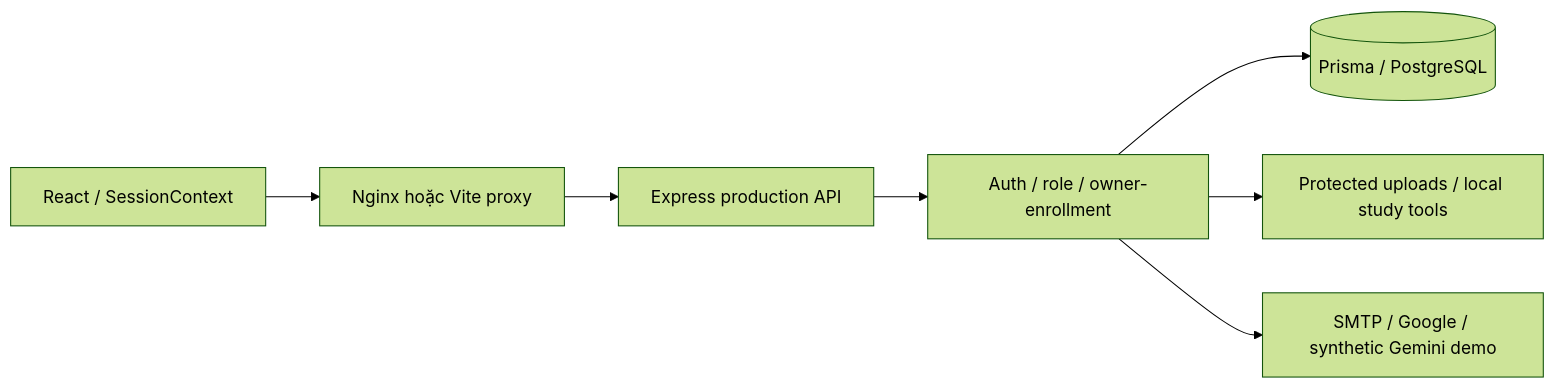
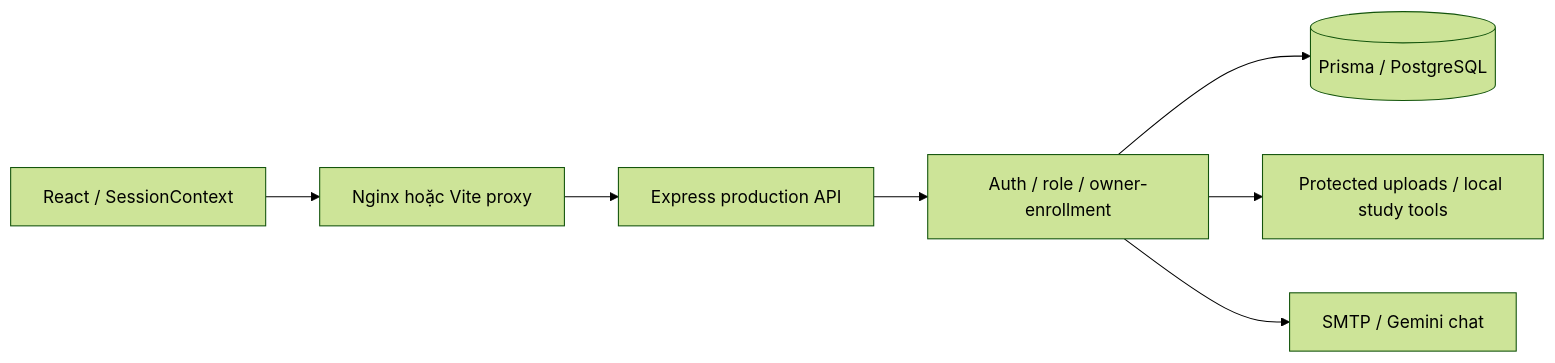
Before and after one commit to NgocTien2005/AI-Smart-Learning-Assistant: the diagram in README.md, drawn with Mermaid (forest theme). The commit also changed other lines of this file and 11 other files, not shown here.

````diff
--- a/README.md
+++ b/README.md
@@ -56,9 +56,9 @@
 ```mermaid
 flowchart LR
   UI[React / SessionContext] --> Proxy[Nginx hoặc Vite proxy]
   Proxy --> API[Express production API]
   API --> Guards[Auth / role / owner-enrollment]
   Guards --> DB[(Prisma / PostgreSQL)]
   Guards --> Files[Protected uploads / local study tools]
-  Guards --> Optional[SMTP / Google / synthetic Gemini demo]
+  Guards --> Optional[SMTP / Gemini chat]
 ```
````
